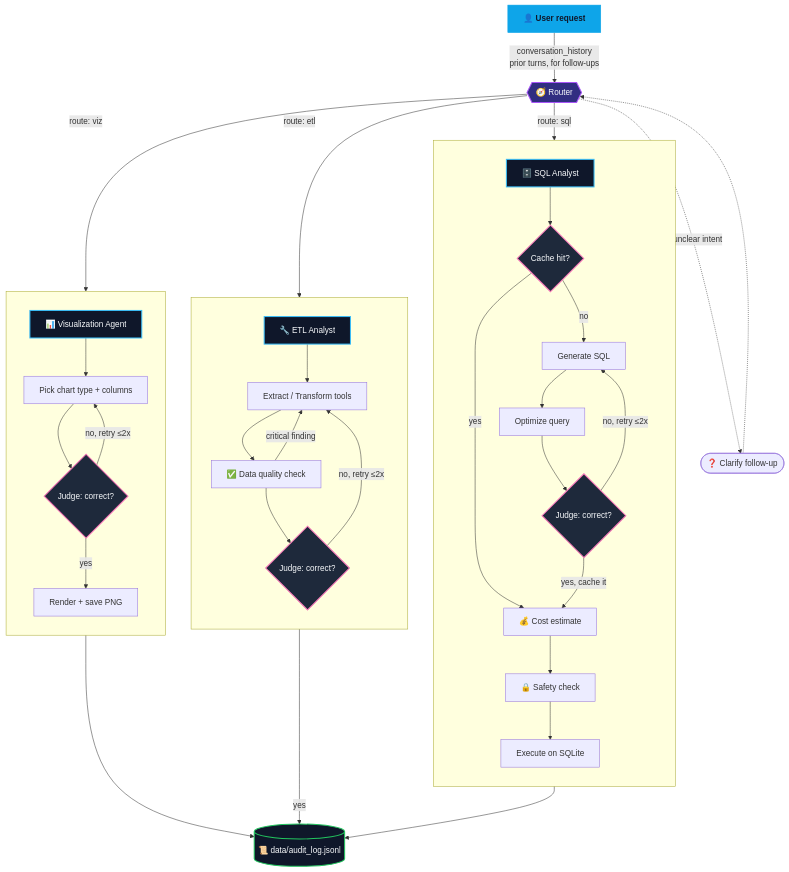
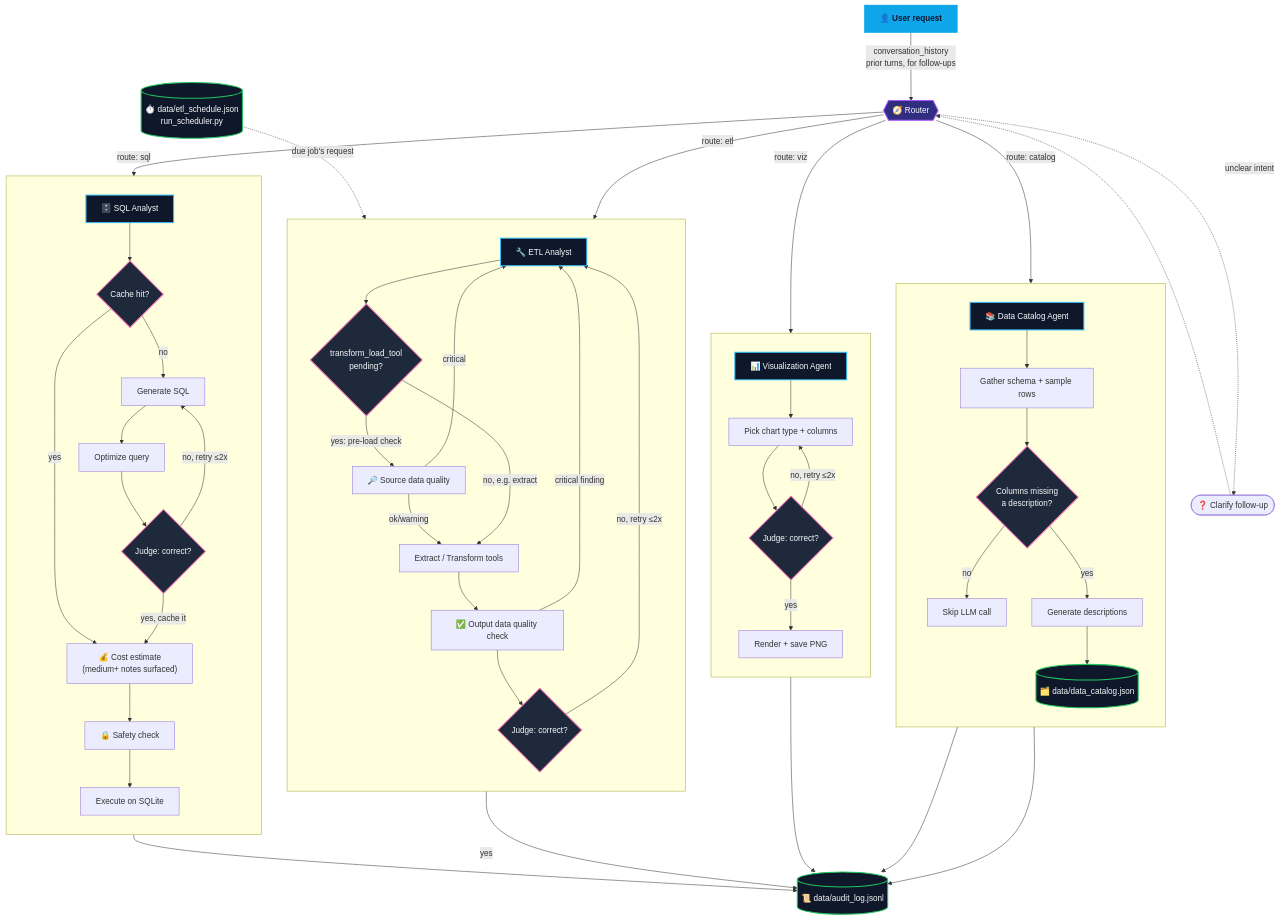
One commit to PratikhyaManas/Data-Agent changed the diagram in README.md. Above: the diagram before and after it, drawn with Mermaid. The commit also changed other lines of this file and 18 other files, not shown here.

Commit message:
Added new agents and tests for data catalog and scheduler functionality

````diff
--- a/README.md
+++ b/README.md
@@ -66,51 +69,68 @@
 ```mermaid
 flowchart TD
     U["👤 User request"] -->|conversation_history<br/>prior turns, for follow-ups| R{{"🧭 Router"}}
 
     R -->|route: sql| SQL["🗄️ SQL Analyst"]
     R -->|route: etl| ETL["🔧 ETL Analyst"]
     R -->|route: viz| VIZ["📊 Visualization Agent"]
+    R -->|route: catalog| CAT["📚 Data Catalog Agent"]
     R -.->|unclear intent| CLR(["❓ Clarify follow-up"])
     CLR -.-> R
 
     subgraph SQLFLOW[" "]
         direction TB
         SQL --> CACHE{"Cache hit?"}
         CACHE -->|yes| COST
         CACHE -->|no| GEN["Generate SQL"] --> OPT["Optimize query"] --> JUDGE1{"Judge: correct?"}
         JUDGE1 -->|no, retry ≤2x| GEN
-        JUDGE1 -->|yes, cache it| COST["💰 Cost estimate"]
+        JUDGE1 -->|yes, cache it| COST["💰 Cost estimate<br/>(medium+ notes surfaced)"]
         COST --> SAFE["🔒 Safety check"] --> EXEC["Execute on SQLite"]
     end
 
     subgraph ETLFLOW[" "]
         direction TB
-        ETL --> TOOLS["Extract / Transform tools"] --> DQ["✅ Data quality check"]
-        DQ -->|critical finding| TOOLS
+        ETL --> SRCDQ{"transform_load_tool<br/>pending?"}
+        SRCDQ -->|"yes: pre-load check"| SRCQ["🔎 Source data quality"]
+        SRCQ -->|critical| ETL
+        SRCQ -->|ok/warning| TOOLS["Extract / Transform tools"]
+        SRCDQ -->|no, e.g. extract| TOOLS
+        TOOLS --> DQ["✅ Output data quality check"]
+        DQ -->|critical finding| ETL
         DQ --> JUDGE2{"Judge: correct?"}
-        JUDGE2 -->|no, retry ≤2x| TOOLS
+        JUDGE2 -->|no, retry ≤2x| ETL
     end
 
     subgraph VIZFLOW[" "]
         direction TB
         VIZ --> PLAN["Pick chart type + columns"] --> JUDGE3{"Judge: correct?"}
         JUDGE3 -->|no, retry ≤2x| PLAN
         JUDGE3 -->|yes| RENDER["Render + save PNG"]
     end
 
+    subgraph CATFLOW[" "]
+        direction TB
+        CAT --> SCHEMA["Gather schema + sample rows"] --> MISSING{"Columns missing<br/>a description?"}
+        MISSING -->|no| CATDONE["Skip LLM call"]
+        MISSING -->|yes| GENDESC["Generate descriptions"] --> CATALOG[("🗂️ data/data_catalog.json")]
+    end
+
+    SCHED[("⏱️ data/etl_schedule.json<br/>run_scheduler.py")] -.->|due job's request| ETL
+
     EXEC --> LOG[("📜 data/audit_log.jsonl")]
     JUDGE2 -->|yes| LOG
     RENDER --> LOG
+    CATDONE --> LOG
+    CATALOG --> LOG
 
     classDef router fill:#312e81,stroke:#a855f7,stroke-width:2px,color:#f8fafc;
     classDef agent fill:#0f172a,stroke:#38bdf8,stroke-width:2px,color:#f8fafc;
     classDef judge fill:#1e293b,stroke:#f472b6,stroke-width:2px,color:#f8fafc;
     classDef store fill:#0f172a,stroke:#22c55e,stroke-width:2px,color:#f8fafc;
     classDef user fill:#0ea5e9,stroke:#0ea5e9,color:#0f172a,font-weight:bold;
 
     class U user;
     class R router;
-    class SQL,ETL,VIZ agent;
-    class CACHE,JUDGE1,JUDGE2,JUDGE3 judge;
-    class LOG store;
+    class SQL,ETL,VIZ,CAT agent;
+    class CACHE,JUDGE1,JUDGE2,JUDGE3,SRCDQ,MISSING judge;
+    class LOG,SCHED,CATALOG store;
 ```
````
